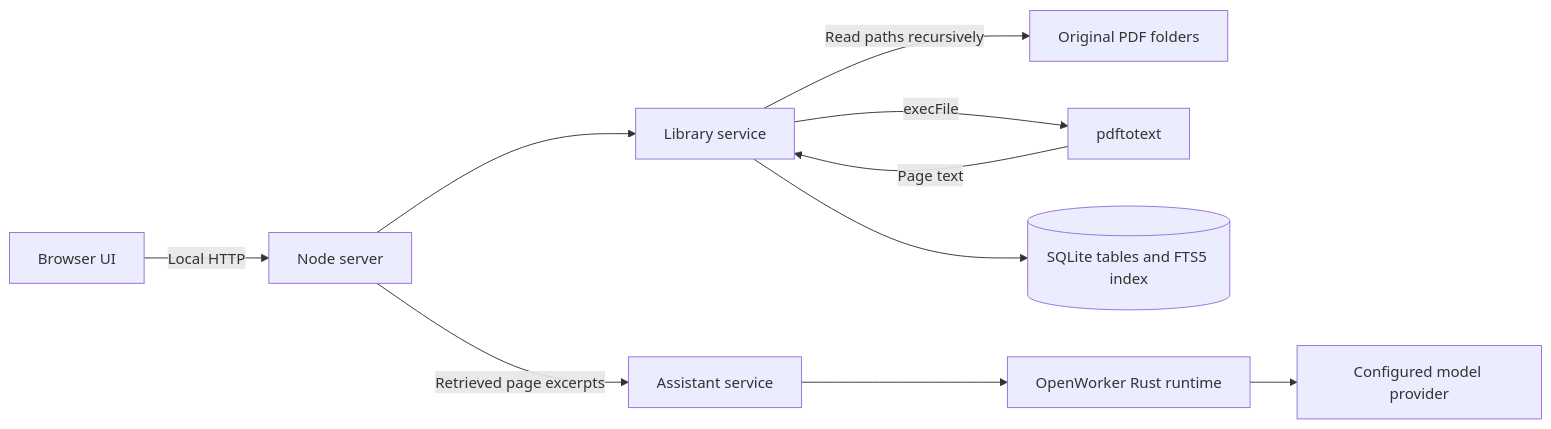
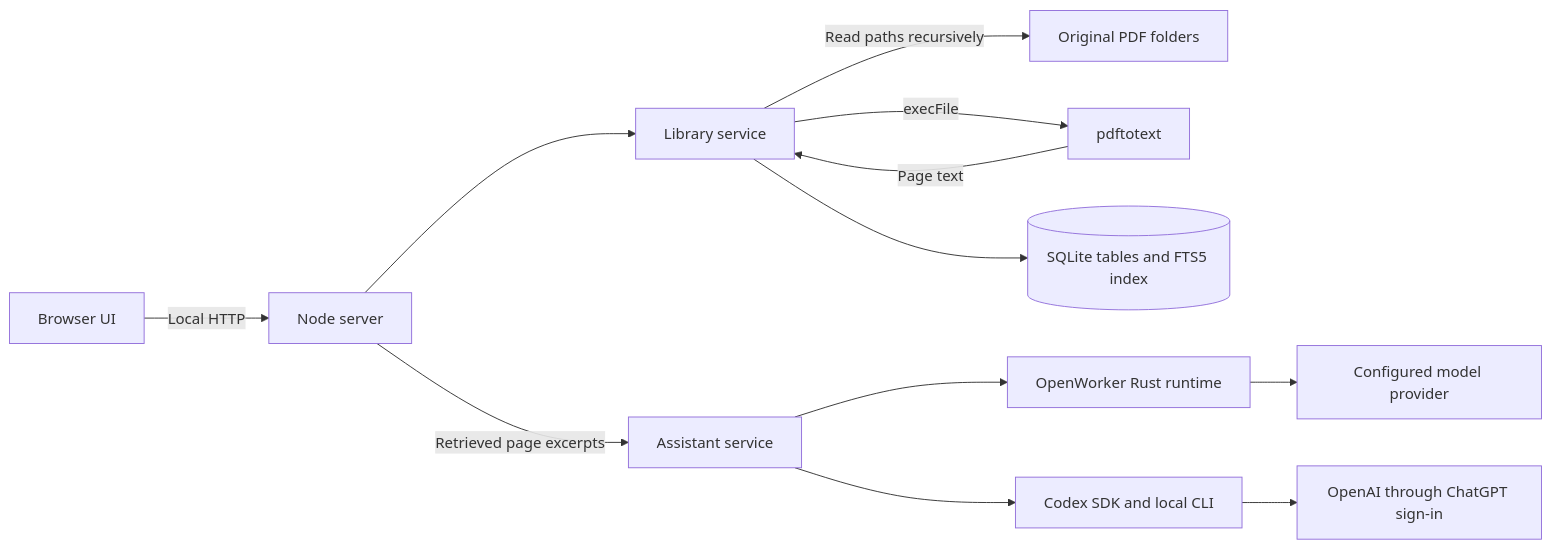
Before and after one commit to fortune9/papertrail: the diagram in development/architecture/overview.md, drawn with Mermaid. The commit also changed other lines of this file and 17 other files, not shown here.

Commit message:
Add optional local Codex SDK assistant backend

````diff
--- a/development/architecture/overview.md
+++ b/development/architecture/overview.md
@@ -5,12 +5,14 @@
 ```mermaid
 flowchart LR
     Browser[Browser UI] -->|Local HTTP| Node[Node server]
     Node --> Library[Library service]
     Library -->|Read paths recursively| PDFs[Original PDF folders]
     Library -->|execFile| Poppler[pdftotext]
     Poppler -->|Page text| Library
     Library --> SQLite[(SQLite tables and FTS5 index)]
     Node -->|Retrieved page excerpts| Assistant[Assistant service]
     Assistant --> Harness[OpenWorker Rust runtime]
     Harness --> Provider[Configured model provider]
+    Assistant --> Codex[Codex SDK and local CLI]
+    Codex --> OpenAI[OpenAI through ChatGPT sign-in]
 ```
````
